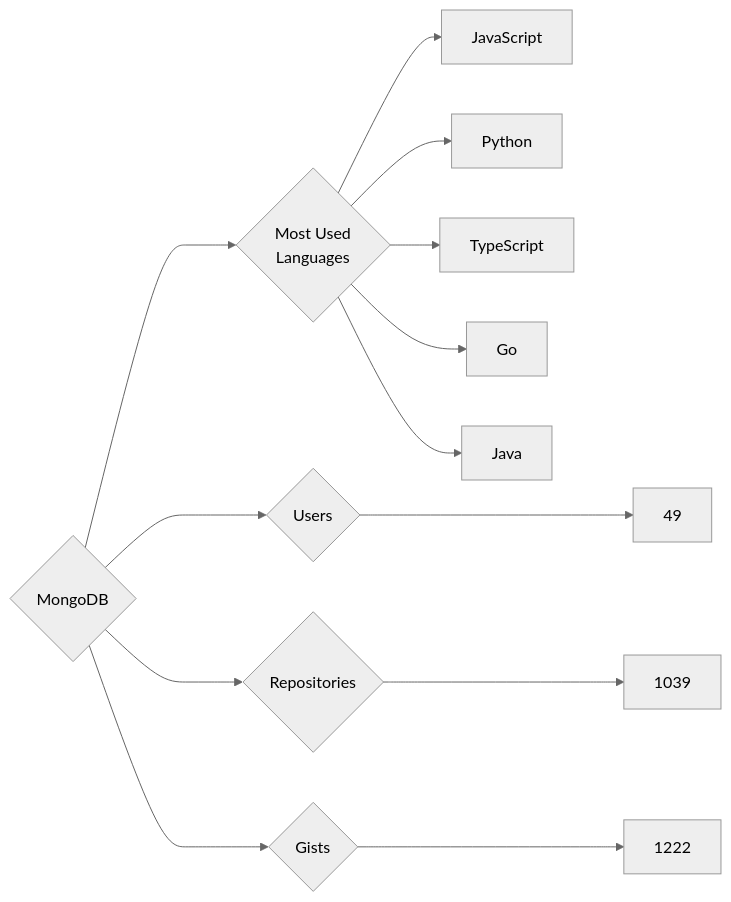
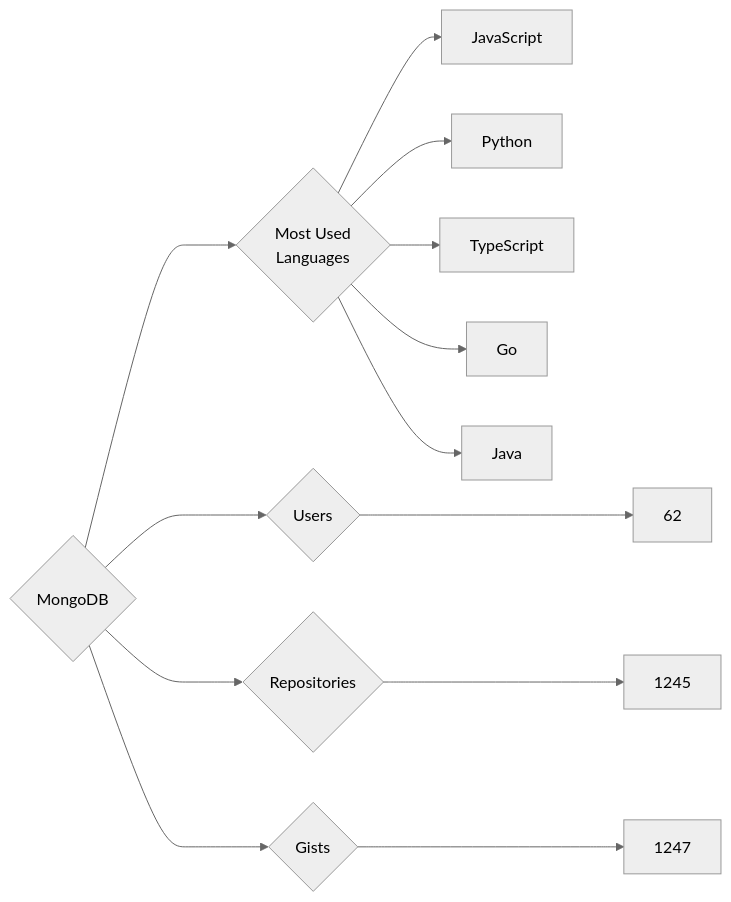
One commit to trickest/insiders changed the diagram in targets/MongoDB/README.md. Above: the diagram before and after it, drawn with Mermaid (neutral theme). The commit also changed 728 other files, not shown here.

````diff
--- a/targets/MongoDB/README.md
+++ b/targets/MongoDB/README.md
@@ -3,13 +3,13 @@
 ```mermaid
 graph LR
 COMPANY_NAME{MongoDB}
-COMPANY_NAME ---> U{Users} ---> UN[49]
-COMPANY_NAME ---> R{Repositories} ---> RN[1039]
-COMPANY_NAME ---> G{Gists} ---> GN[1222]
+COMPANY_NAME ---> U{Users} ---> UN[62]
+COMPANY_NAME ---> R{Repositories} ---> RN[1245]
+COMPANY_NAME ---> G{Gists} ---> GN[1247]
 COMPANY_NAME ---> ML{Most Used<br>Languages}
 ML --> JavaScript[JavaScript]
 ML --> Python[Python]
 ML --> TypeScript[TypeScript]
 ML --> Go[Go]
 ML --> Java[Java]
 ```
````
